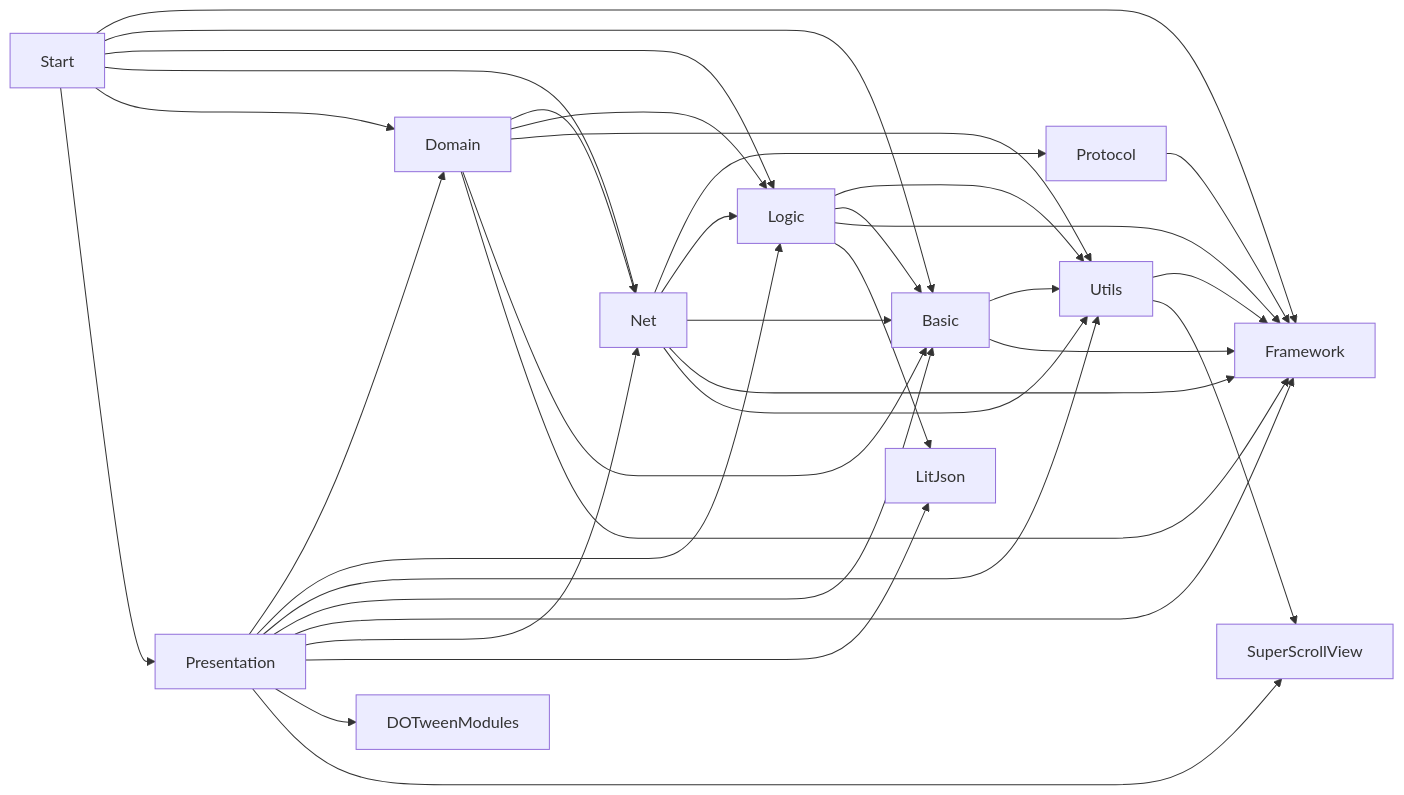
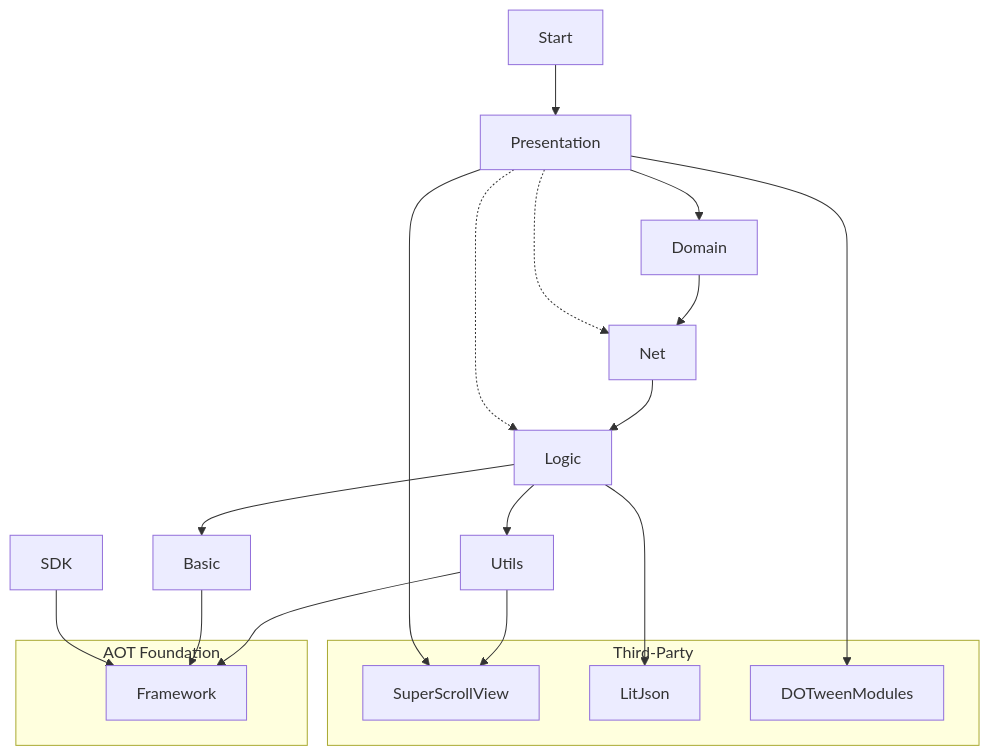
Before and after one commit to zlex001/LOA-Client: the second of 6 diagrams in Documents/客户端架构文档.md, drawn with Mermaid. The commit also changed other lines of this file and 1 other file, not shown here.

````diff
--- a/Documents/客户端架构文档.md
+++ b/Documents/客户端架构文档.md
@@ -384,51 +373,27 @@
 ```mermaid
-graph LR
-    Framework[Framework]
-    Utils[Utils]
-    Basic[Basic]
-    Logic[Logic]
-    Protocol[Protocol]
-    Net[Net]
-    Domain[Domain]
-    Presentation[Presentation]
-    Start[Start]
-    
-    LitJson[LitJson]
-    DOTweenModules[DOTweenModules]
-    SuperScrollView[SuperScrollView]
-    
+graph TB
+    subgraph foundation [AOT Foundation]
+        Framework[Framework]
+    end
+    subgraph thirdParty [Third-Party]
+        SuperScrollView[SuperScrollView]
+        LitJson[LitJson]
+        DOTweenModules[DOTweenModules]
+    end
+
     Utils --> Framework
     Utils --> SuperScrollView
-    Basic --> Utils
     Basic --> Framework
     Logic --> Utils
     Logic --> Basic
-    Logic --> Framework
     Logic --> LitJson
-    Protocol --> Framework
-    Net --> Protocol
     Net --> Logic
-    Net --> Basic
-    Net --> Framework
-    Net --> Utils
     Domain --> Net
-    Domain --> Logic
-    Domain --> Utils
-    Domain --> Basic
-    Domain --> Framework
     Presentation --> Domain
-    Presentation --> Logic
-    Presentation --> Utils
-    Presentation --> Basic
-    Presentation --> Framework
-    Presentation --> Net
-    Presentation --> LitJson
+    Presentation -.-> Logic
+    Presentation -.-> Net
     Presentation --> DOTweenModules
     Presentation --> SuperScrollView
-    Start --> Framework
-    Start --> Basic
-    Start --> Logic
-    Start --> Net
-    Start --> Domain
     Start --> Presentation
+    SDK --> Framework
 ```
````
